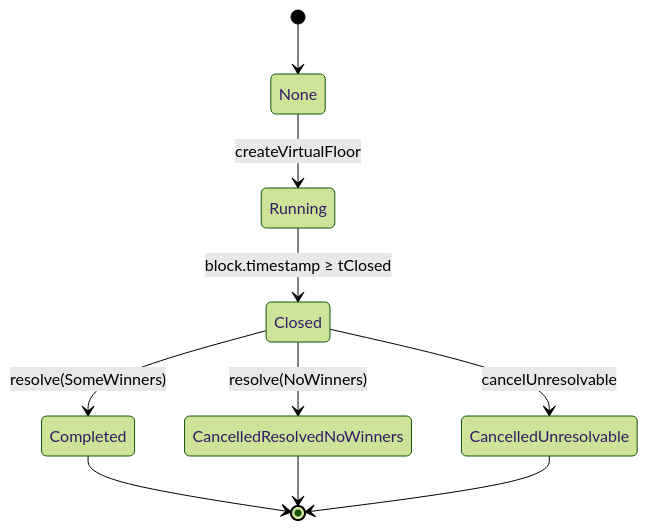
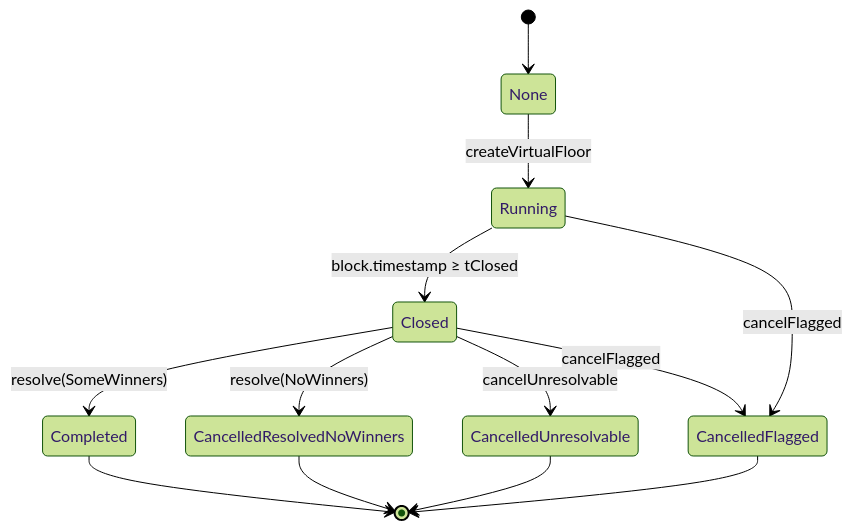
Before and after one commit to 0xsaxit/doubledice: the first of 2 diagrams in platform/docs/STATE.md, drawn with Mermaid (forest theme). The commit also changed 7 other files, not shown here.

Commit message:
:sparkles: cancelVirtualFloorFlagged

````diff
--- a/platform/docs/STATE.md
+++ b/platform/docs/STATE.md
@@ -5,12 +5,15 @@
 ```mermaid
 stateDiagram-v2
     [*] --> None
     None --> Running: createVirtualFloor
     Running --> Closed: block.timestamp ≥ tClosed
     Closed --> Completed: resolve(SomeWinners)
     Closed --> CancelledResolvedNoWinners: resolve(NoWinners)
     Closed --> CancelledUnresolvable: cancelUnresolvable
+    Running --> CancelledFlagged: cancelFlagged
+    Closed --> CancelledFlagged: cancelFlagged
     Completed --> [*]
     CancelledResolvedNoWinners --> [*]
     CancelledUnresolvable --> [*]
+    CancelledFlagged --> [*]
 ```
````
